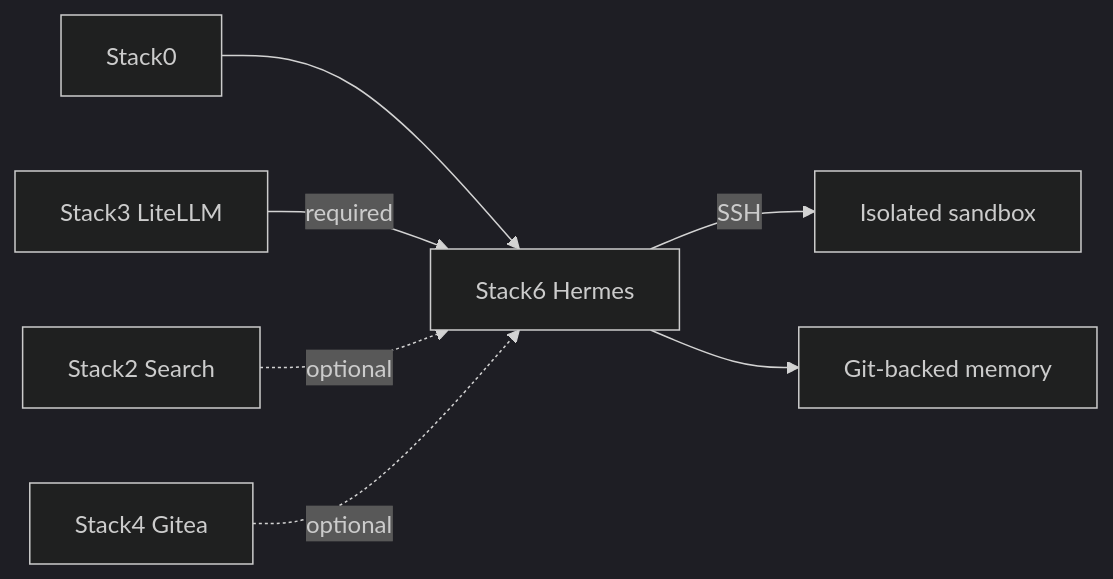
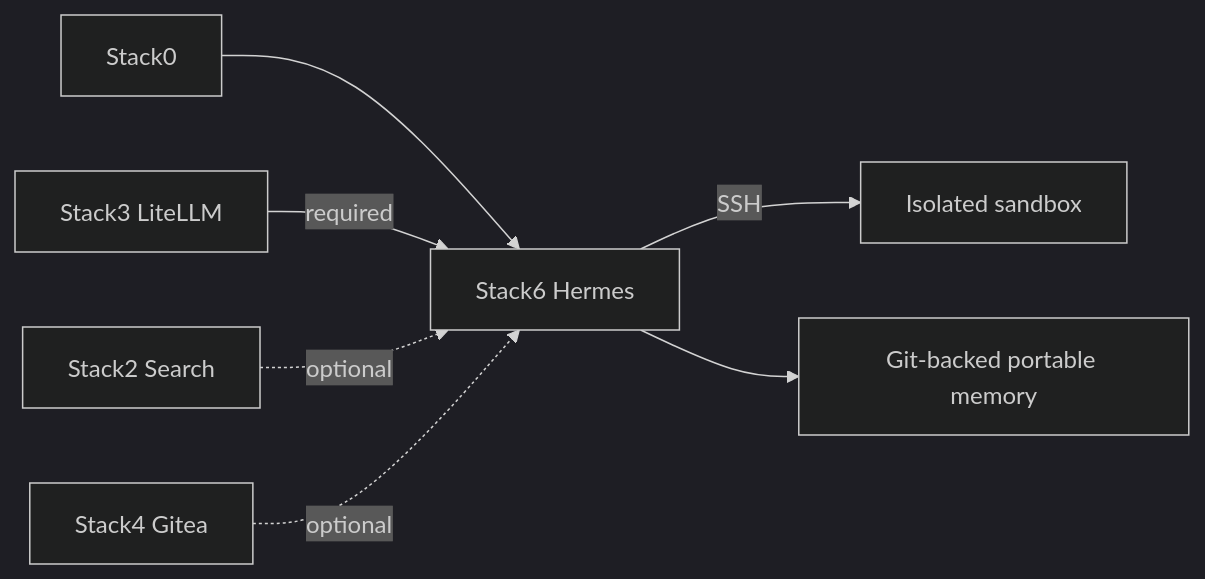
One commit to ea1het/local_hybrid_ai changed the diagram in stack6_-_hermes/README.md. Above: the diagram before and after it, drawn with Mermaid (dark theme). The commit also changed other lines of this file, not shown here.

````diff
--- a/stack6_-_hermes/README.md
+++ b/stack6_-_hermes/README.md
@@ -7,9 +7,9 @@
 ```mermaid
 flowchart LR
   S0[Stack0] --> S6[Stack6 Hermes]
   S3[Stack3 LiteLLM] -->|required| S6
   S2[Stack2 Search] -. optional .-> S6
   S4[Stack4 Gitea] -. optional .-> S6
   S6 -->|SSH| SB[Isolated sandbox]
-  S6 --> MEM[Git-backed memory]
+  S6 --> MEM[Git-backed portable memory]
 ```
````
